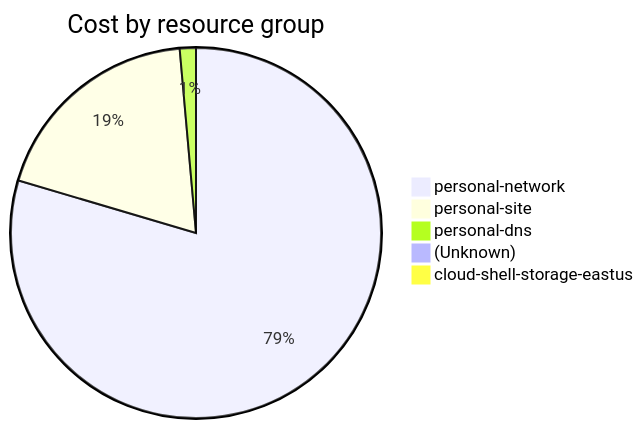
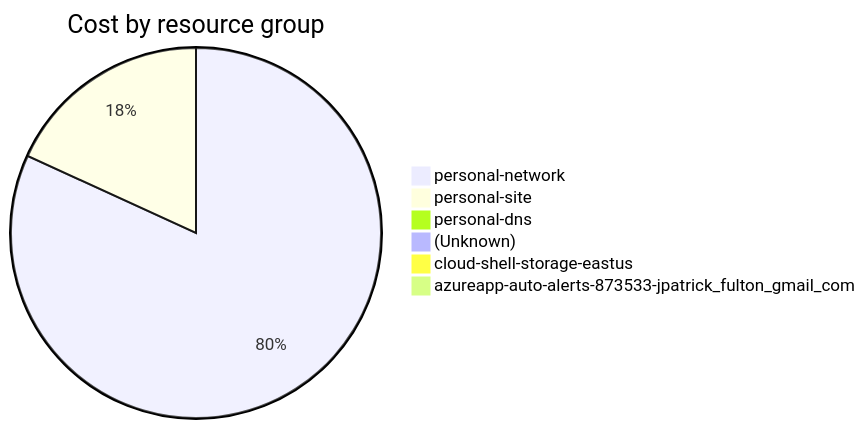
One commit to jpfulton/azure-personal-reports changed the fourth of 4 diagrams in cost-reports/accumulated-cost.md. Above: the diagram before and after it, drawn with Mermaid. The commit also changed other lines of this file and 4 other files, not shown here.

````diff
--- a/cost-reports/accumulated-cost.md
+++ b/cost-reports/accumulated-cost.md
@@ -149,9 +152,10 @@
 ```mermaid
 pie
    title Cost by resource group
-   "personal-network" : 1.13
-   "personal-site" : 0.27
-   "personal-dns" : 0.02
-   "(Unknown)" : 0.01
-   "cloud-shell-storage-eastus" : 0.00
+   "personal-network" : 5.00
+   "personal-site" : 1.11
+   "personal-dns" : 0.06
+   "(Unknown)" : 0.05
+   "cloud-shell-storage-eastus" : 0.02
+   "azureapp-auto-alerts-873533-jpatrick_fulton_gmail_com" : 0.00
 ```
````
